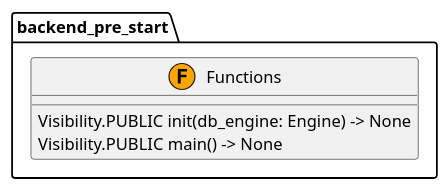
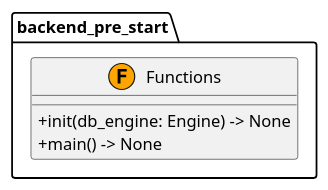
The diagram in docs/source/_generated_uml/backend_pre_start.puml (jswans33/my-full-stack-fastapi-template), drawn with PlantUML before and after one commit. The commit also changed 50 other files, not shown here.

Commit message:
Add configuration module for UML generator and update visibility in UML diagrams

```diff
--- a/docs/source/_generated_uml/backend_pre_start.puml
+++ b/docs/source/_generated_uml/backend_pre_start.puml
@@ -1,12 +1,12 @@
 @startuml
 skinparam classAttributeIconSize 0
 
 package "backend_pre_start" {
   class Functions <<(F,orange)>> {
-    Visibility.PUBLIC init(db_engine: Engine) -> None
-    Visibility.PUBLIC main() -> None
+    +init(db_engine: Engine) -> None
+    +main() -> None
   }
 }
 
 ' Relationships
 @enduml
```
